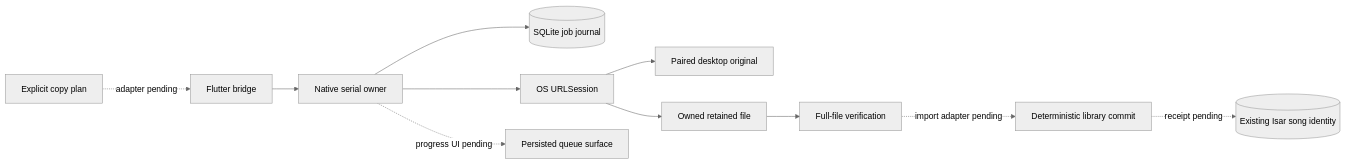
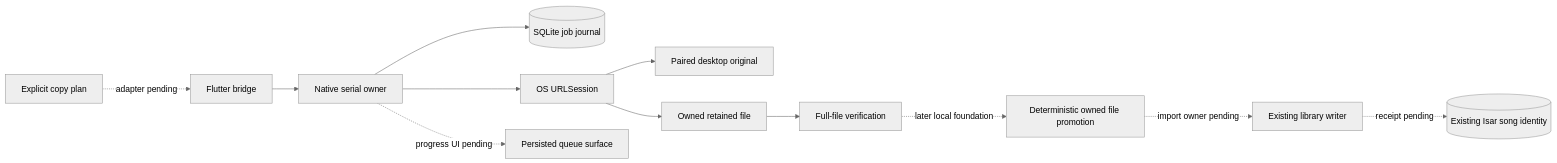
The first of 2 diagrams in docs/IOS_TRANSFERS.md (Lokal-music/lokal-mobile), drawn with Mermaid (neutral theme) before and after one commit. The commit also changed other lines of this file and 27 other files, not shown here.

````diff
--- a/docs/IOS_TRANSFERS.md
+++ b/docs/IOS_TRANSFERS.md
@@ -13,13 +12,14 @@
 ```mermaid
 flowchart LR
   Plan[Explicit copy plan] -. adapter pending .-> Bridge[Flutter bridge]
   Bridge --> Runtime[Native serial owner]
   Runtime --> Journal[(SQLite job journal)]
   Runtime --> Session[OS URLSession]
   Session --> Desktop[Paired desktop original]
   Session --> Owned[Owned retained file]
   Owned --> Hash[Full-file verification]
-  Hash -. import adapter pending .-> Import[Deterministic library commit]
+  Hash -. later local foundation .-> Promotion[Deterministic owned file promotion]
+  Promotion -. import owner pending .-> Import[Existing library writer]
   Import -. receipt pending .-> Library[(Existing Isar song identity)]
   Runtime -. progress UI pending .-> UI[Persisted queue surface]
 ```
````
